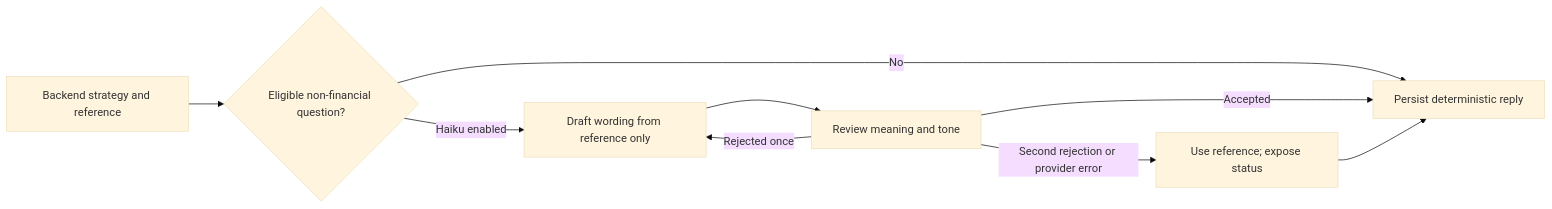
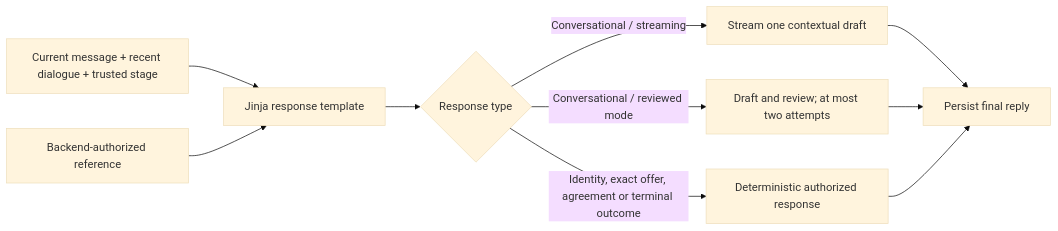
One commit to sergiomorapardo/AgenticDebtCollection changed the second of 2 diagrams in docs/NEGOTIATION.md. Above: the diagram before and after it, drawn with Mermaid (base theme). The commit also changed other lines of this file and 11 other files, not shown here.

````diff
--- a/docs/NEGOTIATION.md
+++ b/docs/NEGOTIATION.md
@@ -53,11 +50,12 @@
 ```mermaid
 flowchart LR
-    S[Backend strategy and reference] --> E{Eligible non-financial question?}
-    E -->|No| P[Persist deterministic reply]
-    E -->|Haiku enabled| D[Draft wording from reference only]
-    D --> R[Review meaning and tone]
-    R -->|Accepted| P
-    R -->|Rejected once| D
-    R -->|Second rejection or provider error| F[Use reference; expose status]
+    M[Current message + recent dialogue + trusted stage] --> T[Jinja response template]
+    B[Backend-authorized reference] --> T
+    T --> E{Response type}
+    E -->|Conversational / streaming| S[Stream one contextual draft]
+    E -->|Conversational / reviewed mode| D[Draft and review; at most two attempts]
+    E -->|Identity, exact offer, agreement or terminal outcome| F[Deterministic authorized response]
+    S --> P[Persist final reply]
+    D --> P
     F --> P
 ```
````
